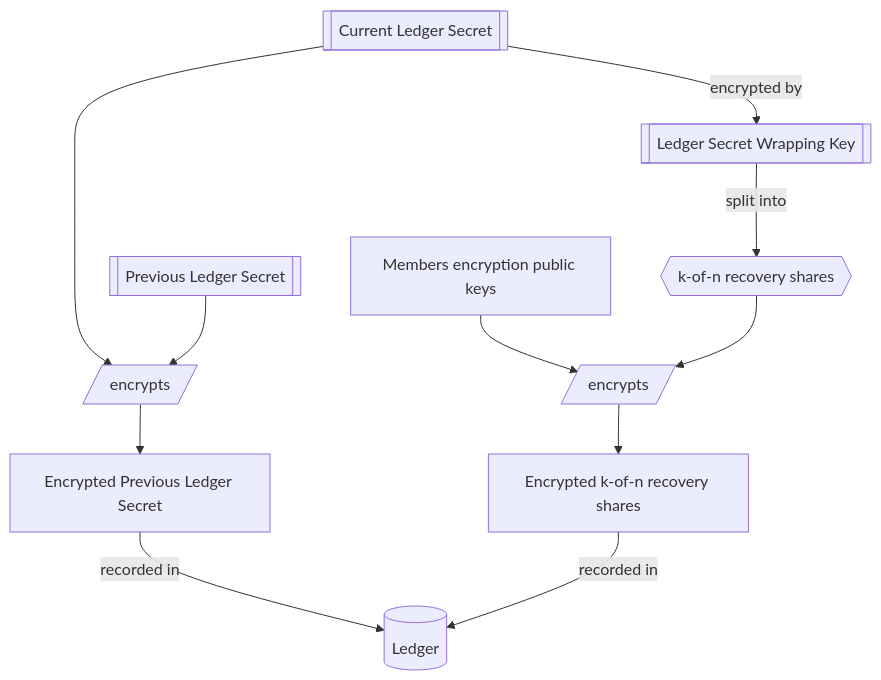
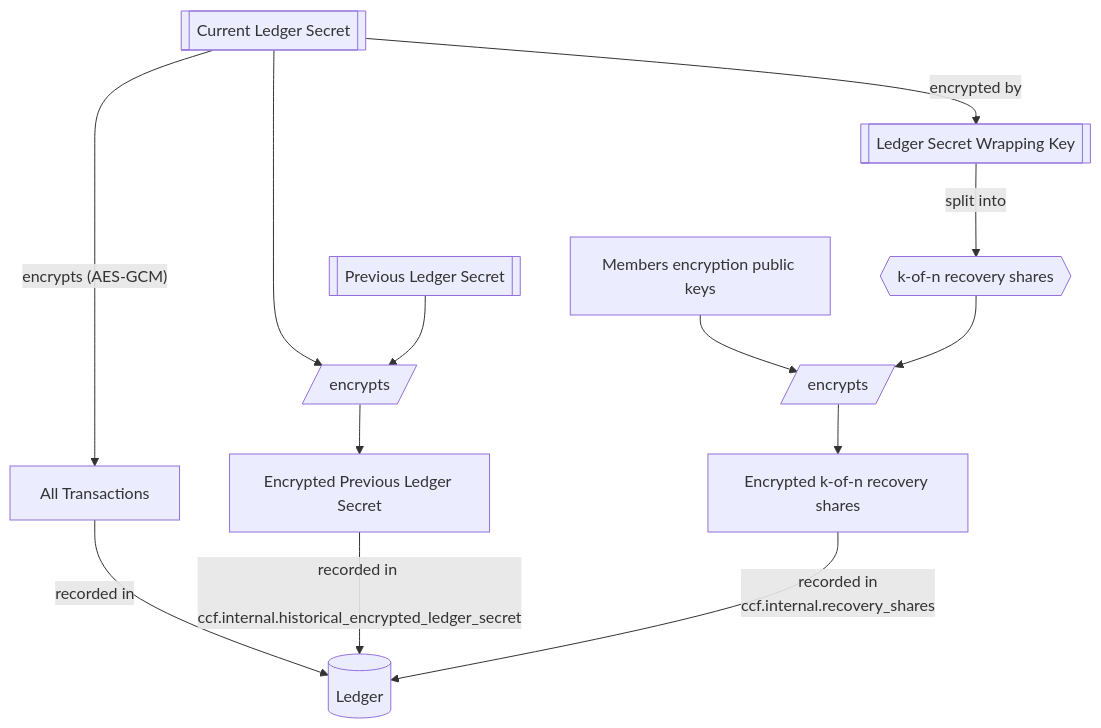
One commit to microsoft/CCF changed the third of 3 diagrams in doc/overview/cryptography.rst. Above: the diagram before and after it, drawn with Mermaid. The commit also changed other lines of this file and 1 other file, not shown here.

```diff
--- a/doc/overview/cryptography.rst
+++ b/doc/overview/cryptography.rst
@@ -56,11 +68,13 @@
 .. mermaid::
 
     flowchart TB
         B[[Current Ledger Secret]] -- encrypted by --> A[[Ledger Secret Wrapping Key]]
+        B[[Current Ledger Secret]] -- "encrypts (AES-GCM)" --> W[All Transactions]
+        W[All Transactions] -- recorded in --> L[(Ledger)]
         B[[Current Ledger Secret]] --> H[/encrypts/]
         E[[Previous Ledger Secret]] --> H[/encrypts/] --> I[Encrypted Previous Ledger Secret]
-        I[Encrypted Previous Ledger Secret] -- recorded in --> L[(Ledger)]
+        I[Encrypted Previous Ledger Secret] -- recorded in <br> ccf.internal.historical_encrypted_ledger_secret --> L[(Ledger)]
         A[[Ledger Secret Wrapping Key]] -- split into --> C{{k-of-n recovery shares}}
         D[Members encryption public keys] --> F[/encrypts/]
         C{{k-of-n recovery shares}} --> F[/encrypts/] --> G[Encrypted k-of-n recovery shares]
-        G[Encrypted k-of-n recovery shares] -- recorded in --> L[(Ledger)]
+        G[Encrypted k-of-n recovery shares] -- recorded in <br> ccf.internal.recovery_shares --> L[(Ledger)]
```
